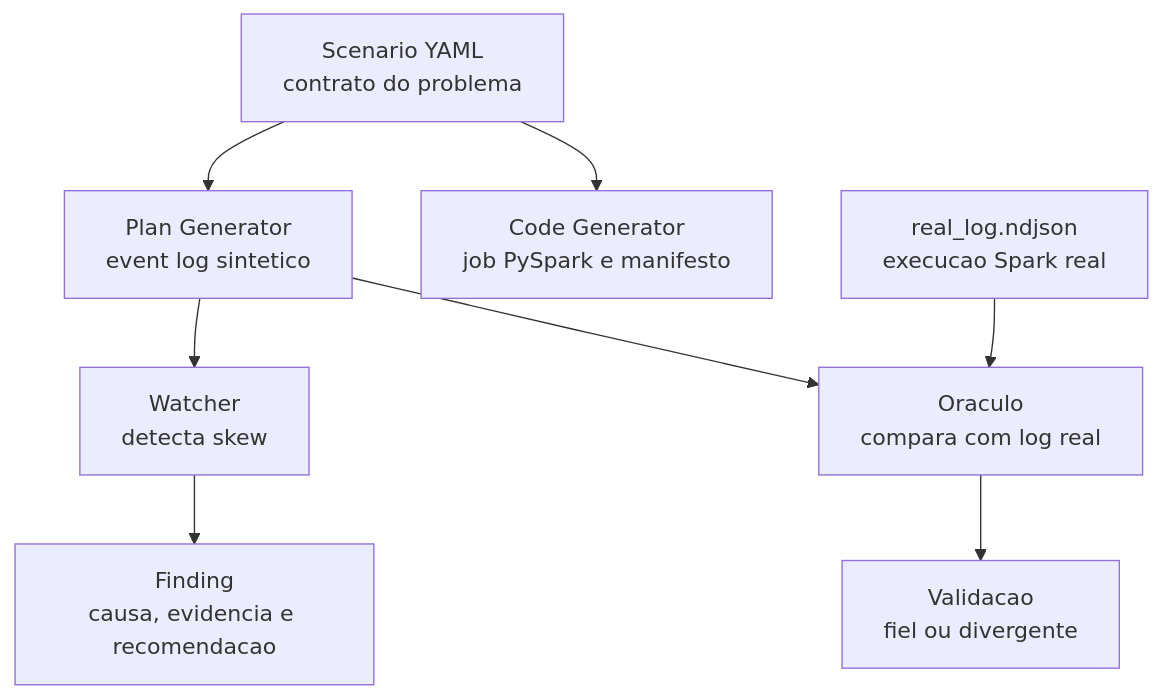
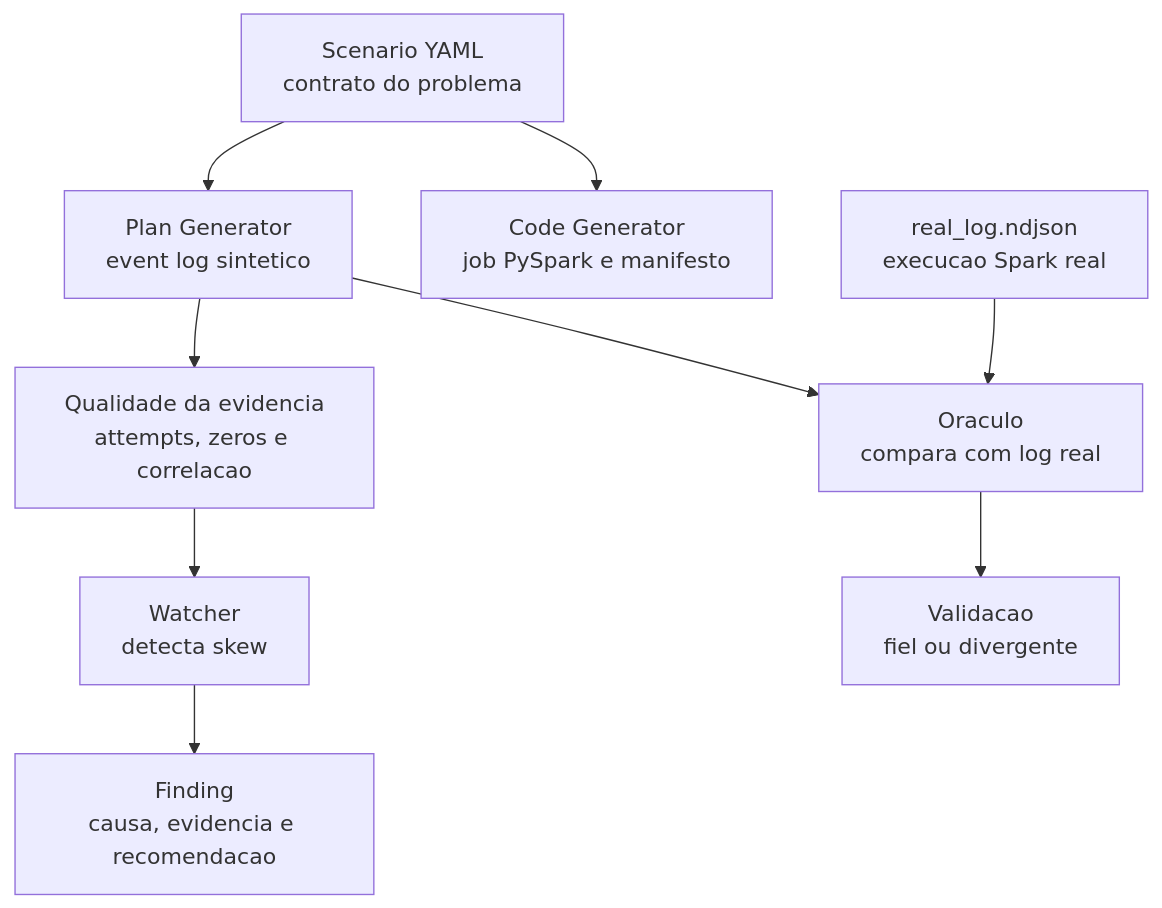
The diagram in README.md (luanmorenommaciel/apex), drawn with Mermaid before and after one commit. The commit also changed other lines of this file and 15 other files, not shown here.

````diff
--- a/README.md
+++ b/README.md
@@ -53,10 +54,11 @@
 ```mermaid
 flowchart TD
     A["Scenario YAML<br/>contrato do problema"] --> B["Plan Generator<br/>event log sintetico"]
     A --> C["Code Generator<br/>job PySpark e manifesto"]
-    B --> D["Watcher<br/>detecta skew"]
+    B --> Q["Qualidade da evidencia<br/>attempts, zeros e correlacao"]
+    Q --> D["Watcher<br/>detecta skew"]
     D --> E["Finding<br/>causa, evidencia e recomendacao"]
     B --> F["Oraculo<br/>compara com log real"]
     G["real_log.ndjson<br/>execucao Spark real"] --> F
     F --> H["Validacao<br/>fiel ou divergente"]
 ```
````
